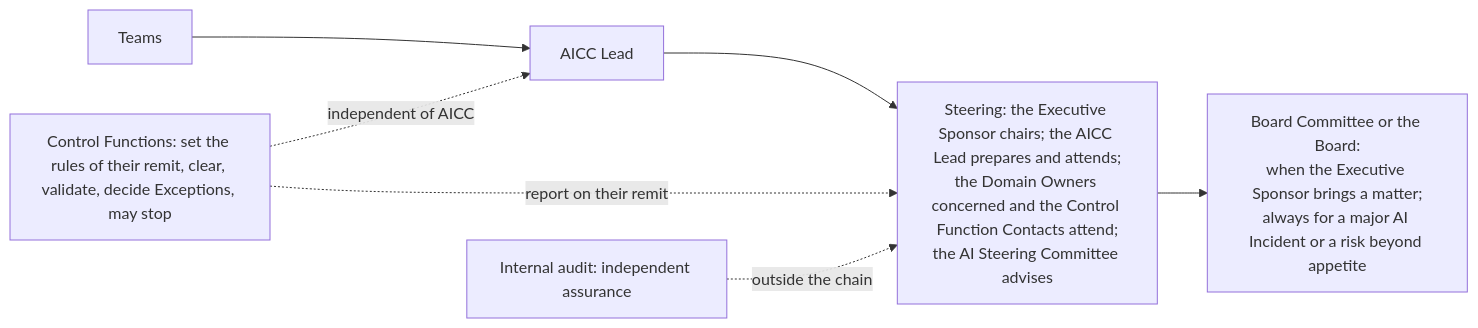
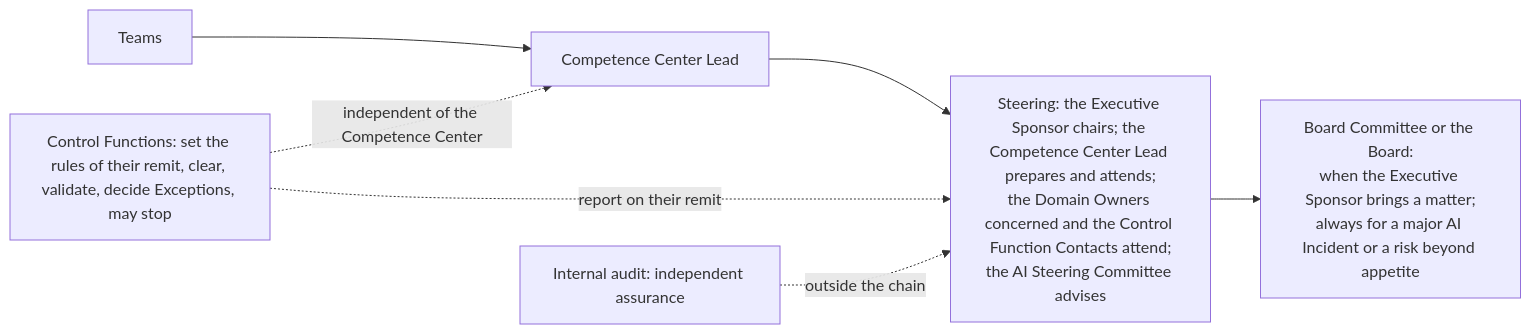
One commit to devhogu/ob-aicc changed the fifth of 6 diagrams in charter/en/workflows/unit-governance.md. Above: the diagram before and after it, drawn with Mermaid. The commit also changed other lines of this file and 1149 other files, not shown here.

First line of the commit message:
The name Competence Center: AICC stays only as a code (DR-2026-066)

````diff
--- a/charter/en/workflows/unit-governance.md
+++ b/charter/en/workflows/unit-governance.md
@@ -151,7 +151,7 @@
 ```mermaid
 flowchart LR
-  T["Teams"] --> L["AICC Lead"] --> S["Steering: the Executive Sponsor chairs; the AICC Lead prepares and attends;<br/>the Domain Owners concerned and the Control Function Contacts attend;<br/>the AI Steering Committee advises"] --> B["Board Committee or the Board:<br/>when the Executive Sponsor brings a matter;<br/>always for a major AI Incident or a risk beyond appetite"]
-  CF["Control Functions: set the rules of their remit, clear, validate, decide Exceptions, may stop"] -.->|"independent of AICC"| L
+  T["Teams"] --> L["Competence Center Lead"] --> S["Steering: the Executive Sponsor chairs; the Competence Center Lead prepares and attends;<br/>the Domain Owners concerned and the Control Function Contacts attend;<br/>the AI Steering Committee advises"] --> B["Board Committee or the Board:<br/>when the Executive Sponsor brings a matter;<br/>always for a major AI Incident or a risk beyond appetite"]
+  CF["Control Functions: set the rules of their remit, clear, validate, decide Exceptions, may stop"] -.->|"independent of the Competence Center"| L
   CF -.->|"report on their remit"| S
   IA["Internal audit: independent assurance"] -.->|"outside the chain"| S
 ```
````
